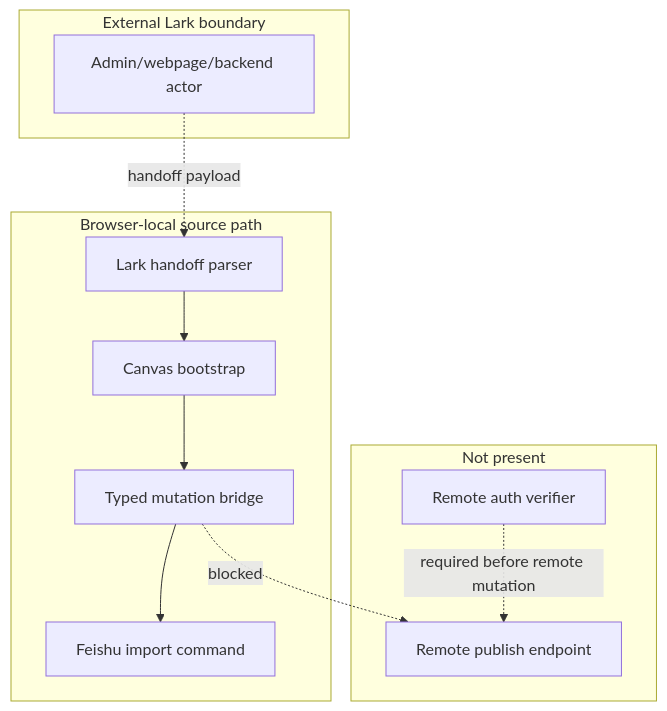
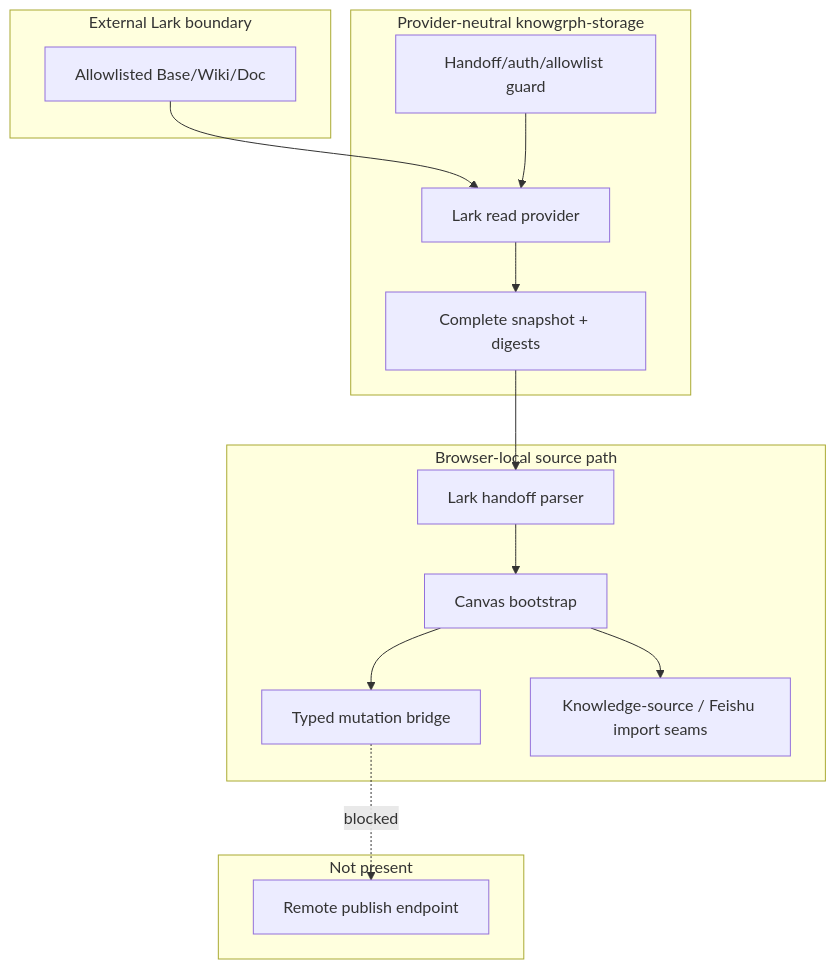
Before and after one commit to huijoohwee/agentic-graph: the second of 2 diagrams in docs/documents/knowgrph-mcp/knowgrph-lark-app-mcp-prd-tad.md, drawn with Mermaid. The commit also changed other lines of this file and 30 other files, not shown here.

Commit message:
feat(storage): add read-only Lark knowledge ingestion

````diff
--- a/docs/documents/knowgrph-mcp/knowgrph-lark-app-mcp-prd-tad.md
+++ b/docs/documents/knowgrph-mcp/knowgrph-lark-app-mcp-prd-tad.md
@@ -186,20 +303,25 @@
 ```mermaid
 flowchart TB
     subgraph External["External Lark boundary"]
-      L["Admin/webpage/backend actor"]
+      L["Allowlisted Base/Wiki/Doc"]
+    end
+    subgraph Server["Provider-neutral knowgrph-storage"]
+      H["Handoff/auth/allowlist guard"]
+      P["Lark read provider"]
+      N["Complete snapshot + digests"]
     end
     subgraph Browser["Browser-local source path"]
       Q["Lark handoff parser"]
       C["Canvas bootstrap"]
       B["Typed mutation bridge"]
-      I["Feishu import command"]
+      I["Knowledge-source / Feishu import seams"]
     end
     subgraph Absent["Not present"]
-      R["Remote auth verifier"]
       W["Remote publish endpoint"]
     end
-    L -. "handoff payload" .-> Q --> C --> B
-    B --> I
+    L --> P --> N
+    H --> P
+    N --> Q --> C --> I
+    C --> B
     B -. "blocked" .-> W
-    R -. "required before remote mutation" .-> W
 ```
````
